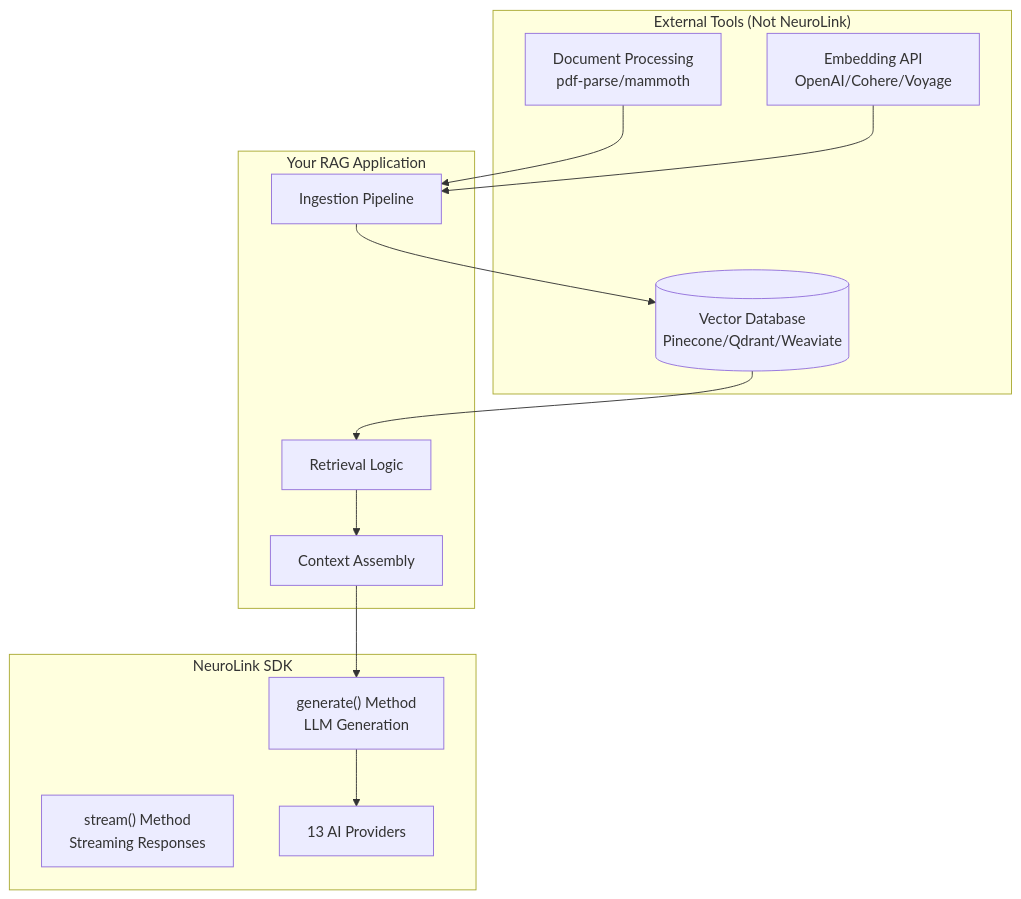
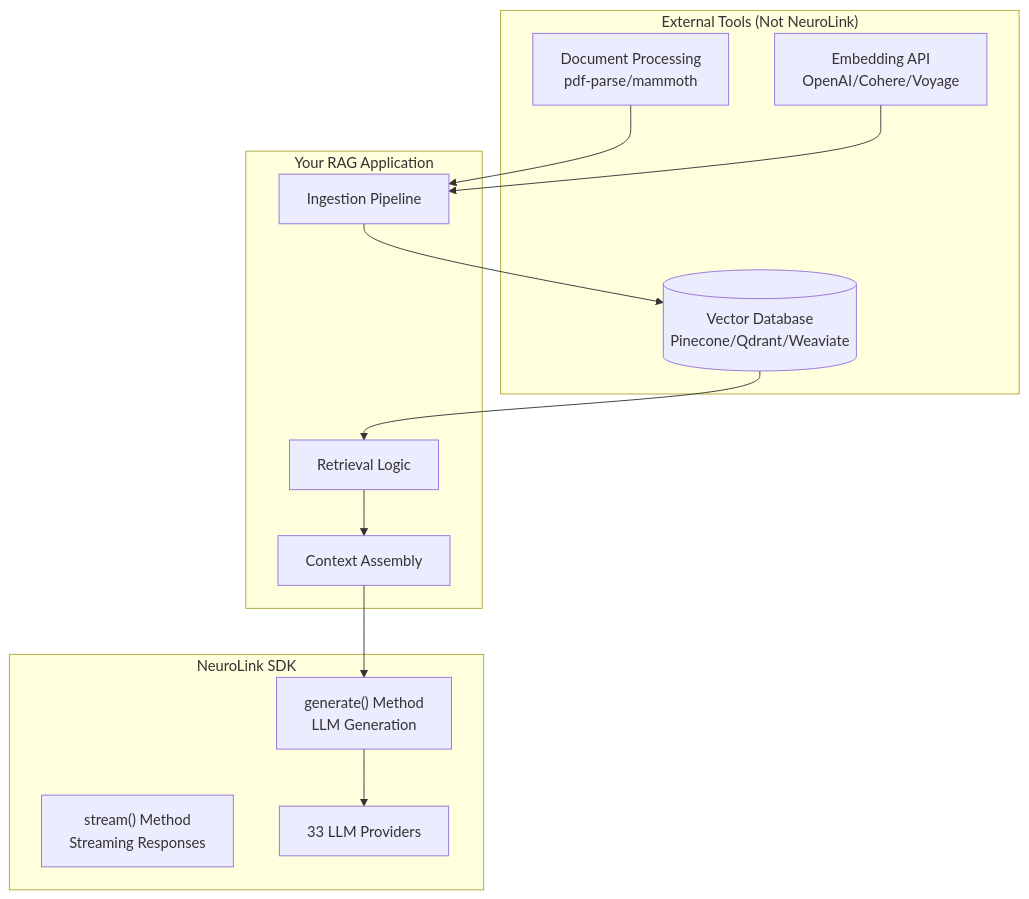
Before and after one commit to juspay/neurolink-blog: the diagram in _posts/2025-08-22-rag-implementation.md, drawn with Mermaid. The commit also changed other lines of this file and 172 other files, not shown here.

````diff
--- a/_posts/2025-08-22-rag-implementation.md
+++ b/_posts/2025-08-22-rag-implementation.md
@@ -46,28 +49,28 @@
 ```mermaid
 flowchart TB
     subgraph External["External Tools (Not NeuroLink)"]
         EmbedAPI[Embedding API<br/>OpenAI/Cohere/Voyage]
         VectorDB[(Vector Database<br/>Pinecone/Qdrant/Weaviate)]
         DocProcess[Document Processing<br/>pdf-parse/mammoth]
     end
 
     subgraph NeuroLink["NeuroLink SDK"]
         Generate["generate() Method<br/>LLM Generation"]
         Stream["stream() Method<br/>Streaming Responses"]
-        Providers[13 AI Providers]
+        Providers[33 LLM Providers]
     end
 
     subgraph RAGApp["Your RAG Application"]
         Ingest[Ingestion Pipeline]
         Retrieve[Retrieval Logic]
         Augment[Context Assembly]
     end
 
     DocProcess --> Ingest
     EmbedAPI --> Ingest
     Ingest --> VectorDB
     VectorDB --> Retrieve
     Retrieve --> Augment
     Augment --> Generate
     Generate --> Providers
 ```
````
